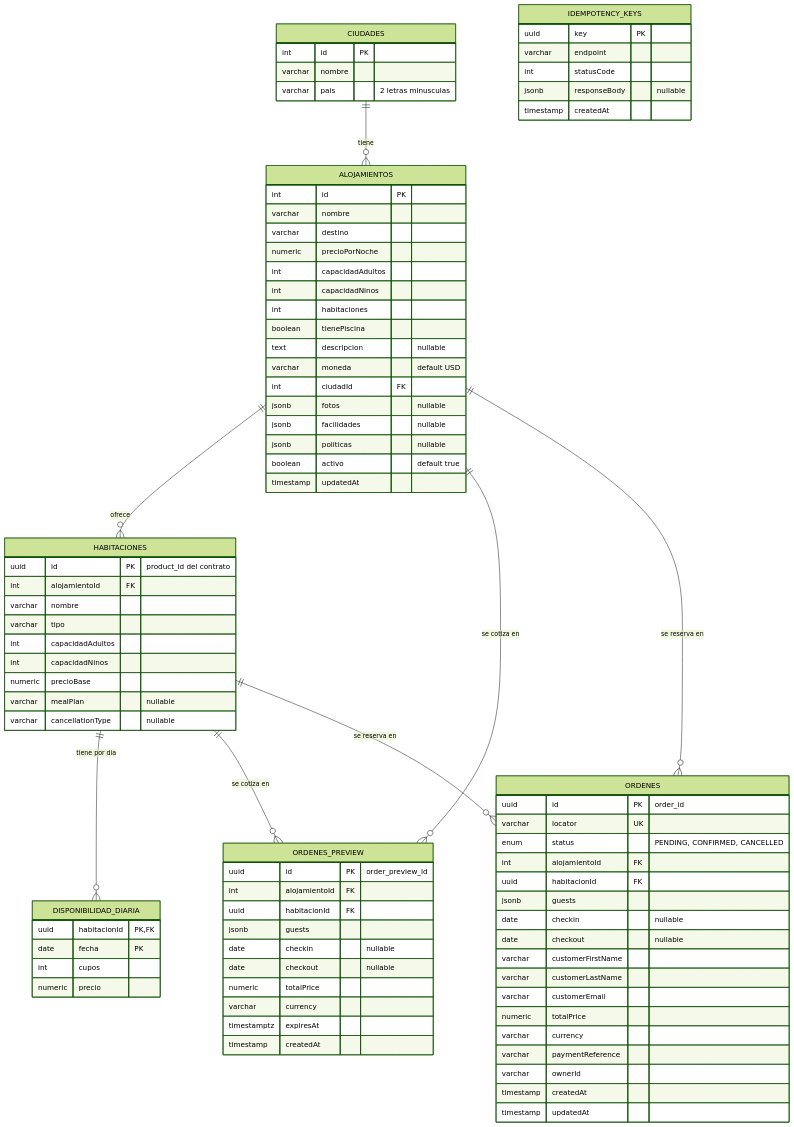
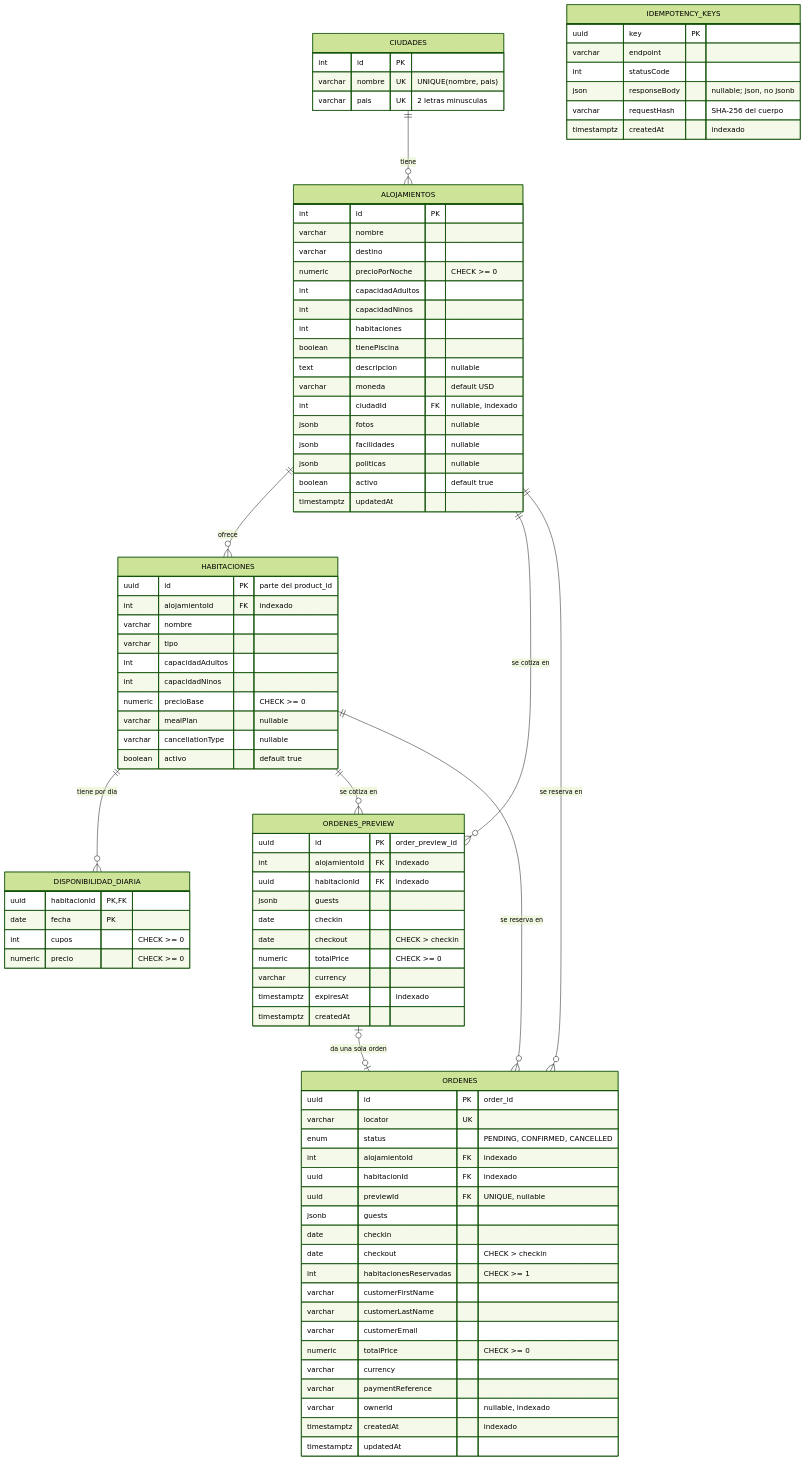
The diagram in docs/modelo-datos.md (sebasgala/cozy), drawn with Mermaid (forest theme) before and after one commit. The commit also changed other lines of this file and 17 other files, not shown here.

````diff
--- a/docs/modelo-datos.md
+++ b/docs/modelo-datos.md
@@ -15,89 +45,94 @@
     HABITACIONES ||--o{ ORDENES_PREVIEW : "se cotiza en"
     ALOJAMIENTOS ||--o{ ORDENES : "se reserva en"
     HABITACIONES ||--o{ ORDENES : "se reserva en"
+    ORDENES_PREVIEW |o--o| ORDENES : "da una sola orden"
 
     CIUDADES {
         int id PK
-        varchar nombre
-        varchar pais "2 letras minusculas"
+        varchar nombre UK "UNIQUE(nombre, pais)"
+        varchar pais UK "2 letras minusculas"
     }
 
     ALOJAMIENTOS {
         int id PK
         varchar nombre
         varchar destino
-        numeric precioPorNoche
+        numeric precioPorNoche "CHECK >= 0"
         int capacidadAdultos
         int capacidadNinos
         int habitaciones
         boolean tienePiscina
         text descripcion "nullable"
         varchar moneda "default USD"
-        int ciudadId FK
+        int ciudadId FK "nullable, indexado"
         jsonb fotos "nullable"
         jsonb facilidades "nullable"
         jsonb politicas "nullable"
         boolean activo "default true"
-        timestamp updatedAt
+        timestamptz updatedAt
     }
 
     HABITACIONES {
-        uuid id PK "product_id del contrato"
-        int alojamientoId FK
+        uuid id PK "parte del product_id"
+        int alojamientoId FK "indexado"
         varchar nombre
         varchar tipo
         int capacidadAdultos
         int capacidadNinos
-        numeric precioBase
+        numeric precioBase "CHECK >= 0"
         varchar mealPlan "nullable"
         varchar cancellationType "nullable"
+        boolean activo "default true"
     }
 
     DISPONIBILIDAD_DIARIA {
         uuid habitacionId PK, FK
         date fecha PK
-        int cupos
-        numeric precio
+        int cupos "CHECK >= 0"
+        numeric precio "CHECK >= 0"
     }
 
     ORDENES_PREVIEW {
         uuid id PK "order_preview_id"
-        int alojamientoId FK
-        uuid habitacionId FK
+        int alojamientoId FK "indexado"
+        uuid habitacionId FK "indexado"
         jsonb guests
-        date checkin "nullable"
-        date checkout "nullable"
-        numeric totalPrice
+        date checkin
+        date checkout "CHECK > checkin"
+        numeric totalPrice "CHECK >= 0"
         varchar currency
-        timestamptz expiresAt
-        timestamp createdAt
+        timestamptz expiresAt "indexado"
+        timestamptz createdAt
     }
 
     ORDENES {
         uuid id PK "order_id"
         varchar locator UK
         enum status "PENDING, CONFIRMED, CANCELLED"
-        int alojamientoId FK
-        uuid habitacionId FK
+        int alojamientoId FK "indexado"
+        uuid habitacionId FK "indexado"
+        uuid previewId FK "UNIQUE, nullable"
         jsonb guests
-        date checkin "nullable"
-        date checkout "nullable"
+        date checkin
+        date checkout "CHECK > checkin"
+        int habitacionesReservadas "CHECK >= 1"
         varchar customerFirstName
         varchar customerLastName
         varchar customerEmail
-        numeric totalPrice
+        numeric totalPrice "CHECK >= 0"
         varchar currency
         varchar paymentReference
-        varchar ownerId
-        timestamp createdAt
-        timestamp updatedAt
+        varchar ownerId "nullable, indexado"
+        timestamptz createdAt "indexado"
+        timestamptz updatedAt
     }
 
     IDEMPOTENCY_KEYS {
         uuid key PK
         varchar endpoint
         int statusCode
-        jsonb responseBody "nullable"
-        timestamp createdAt
+        json responseBody "nullable; json, no jsonb"
+        varchar requestHash "SHA-256 del cuerpo"
+        timestamptz createdAt "indexado"
     }
 ```
````
